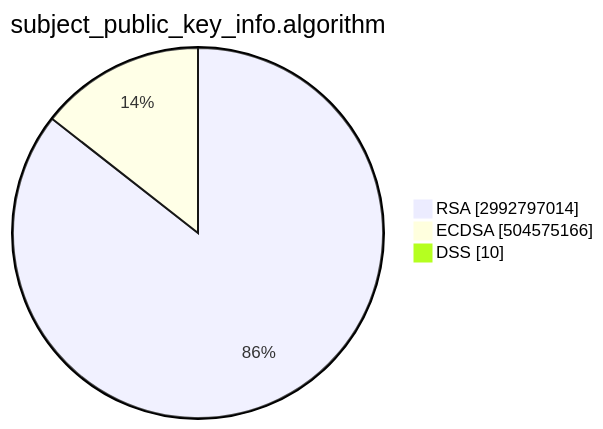
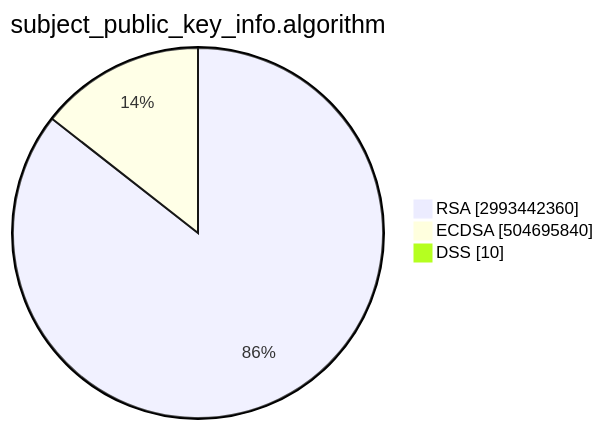
The second of 15 diagrams in TOTAL/README.md (christiankrug/ctmonitor_visualization), drawn with Mermaid before and after one commit. The commit also changed other lines of this file, not shown here.

````diff
--- a/TOTAL/README.md
+++ b/TOTAL/README.md
@@ -6,7 +6,7 @@
 ```mermaid
 pie showData
 title subject_public_key_info.algorithm
-"RSA" :2992797014
-"ECDSA" :504575166
+"RSA" :2993442360
+"ECDSA" :504695840
 "DSS" :10
 ```
````
